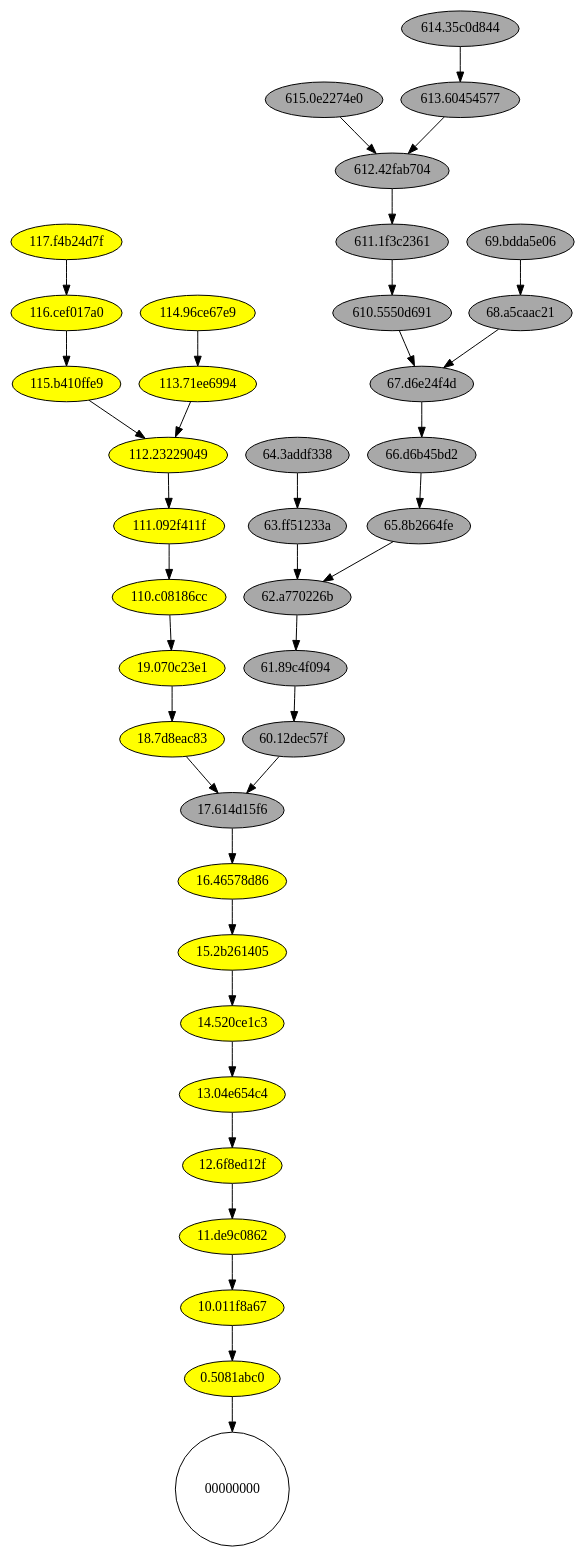
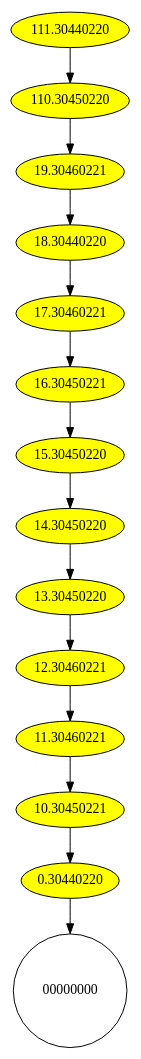
The diagram in CORE/validator/DAG.gv (DGT-Network/DGT-Matagami), drawn with Graphviz before and after one commit. The commit also changed 10 other files, not shown here.

Commit message:
add restapi graph for getting DAG

```diff
--- a/CORE/validator/DAG.gv
+++ b/CORE/validator/DAG.gv
@@ -1,46 +1,18 @@
 digraph DAG {
 {
- node [style="filled", fillcolor="grey66", fontcolor="black", margin="0.01"]"615.0e2274e0" -> "612.42fab704";
-"614.35c0d844" -> "613.60454577";
-"613.60454577" -> "612.42fab704";
-"612.42fab704" -> "611.1f3c2361";
-"611.1f3c2361" -> "610.5550d691";
-"610.5550d691" -> "67.d6e24f4d";
+ node [style="filled", fillcolor="yellow", fontcolor="black", margin="0.01"]"111.30440220" -> "110.30450220";
+"110.30450220" -> "19.30460221";
+"19.30460221" -> "18.30440220";
+"18.30440220" -> "17.30460221";
+"17.30460221" -> "16.30450221";
+"16.30450221" -> "15.30450220";
+"15.30450220" -> "14.30450220";
+"14.30450220" -> "13.30450220";
+"13.30450220" -> "12.30460221";
+"12.30460221" -> "11.30460221";
+"11.30460221" -> "10.30450221";
+"10.30450221" -> "0.30440220";
 }
-{
- node [style="filled", fillcolor="yellow", fontcolor="black", margin="0.01"]"117.f4b24d7f" -> "116.cef017a0";
-"116.cef017a0" -> "115.b410ffe9";
-"115.b410ffe9" -> "112.23229049";
-"114.96ce67e9" -> "113.71ee6994";
-"113.71ee6994" -> "112.23229049";
-"112.23229049" -> "111.092f411f";
-"111.092f411f" -> "110.c08186cc";
-"110.c08186cc" -> "19.070c23e1";
-}
-{
- node [style="filled", fillcolor="grey66", fontcolor="black", margin="0.01"]"69.bdda5e06" -> "68.a5caac21";
-"68.a5caac21" -> "67.d6e24f4d";
-"67.d6e24f4d" -> "66.d6b45bd2";
-"66.d6b45bd2" -> "65.8b2664fe";
-"65.8b2664fe" -> "62.a770226b";
-"64.3addf338" -> "63.ff51233a";
-"63.ff51233a" -> "62.a770226b";
-"62.a770226b" -> "61.89c4f094";
-"61.89c4f094" -> "60.12dec57f";
-"60.12dec57f" -> "17.614d15f6";
-}
-{
- node [style="filled", fillcolor="yellow", fontcolor="black", margin="0.01"]"19.070c23e1" -> "18.7d8eac83";
-"18.7d8eac83" -> "17.614d15f6";
-"17.614d15f6" -> "16.46578d86";
-"16.46578d86" -> "15.2b261405";
-"15.2b261405" -> "14.520ce1c3";
-"14.520ce1c3" -> "13.04e654c4";
-"13.04e654c4" -> "12.6f8ed12f";
-"12.6f8ed12f" -> "11.de9c0862";
-"11.de9c0862" -> "10.011f8a67";
-"10.011f8a67" -> "0.5081abc0";
-}
-"0.5081abc0" -> "00000000";
+"0.30440220" -> "00000000";
 "00000000" [fillcolor="red",shape="circle"];
 }
```
